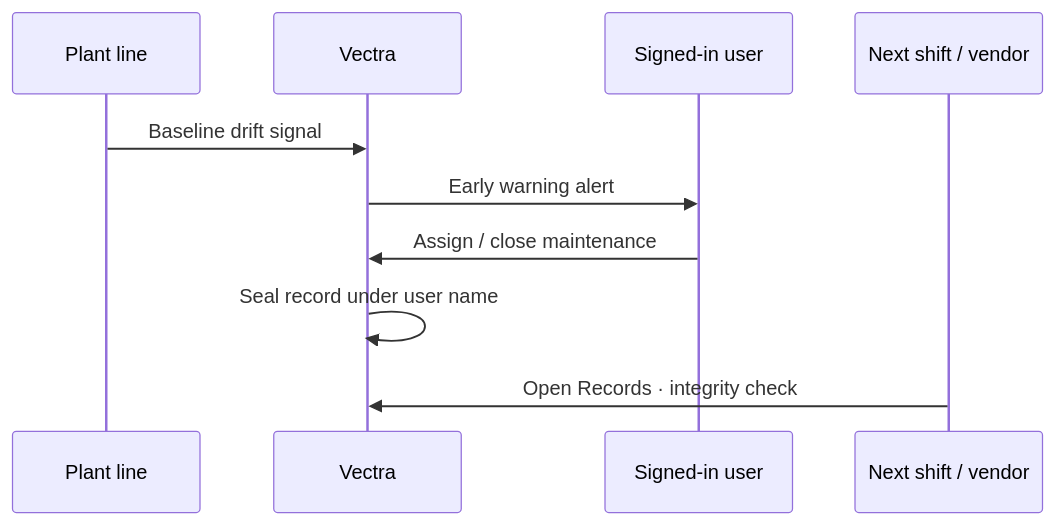
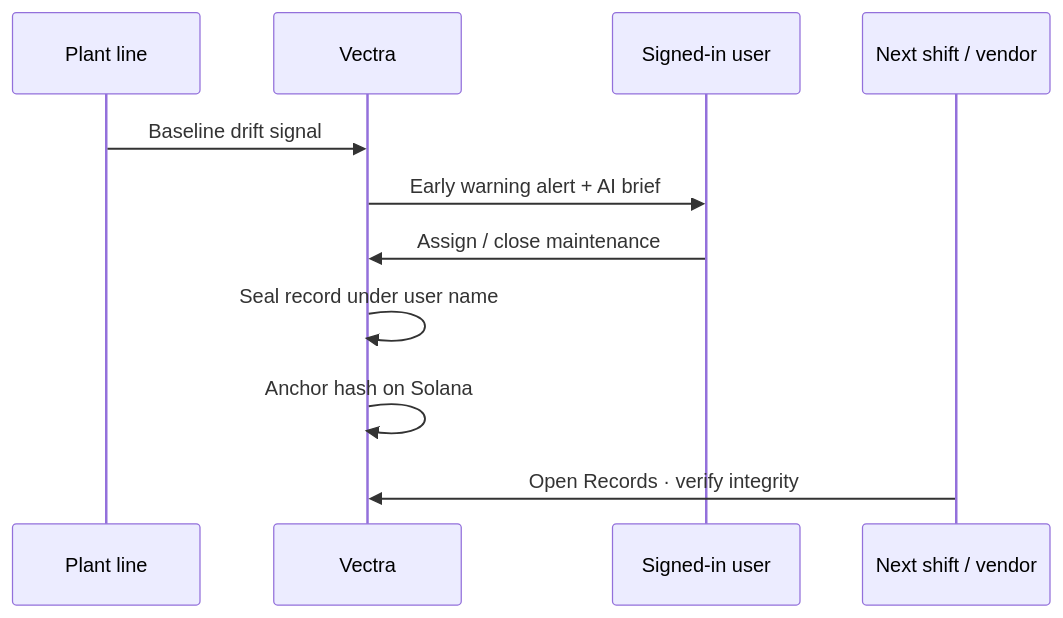
The second of 2 diagrams in README.md (thesithunyein/vectra), drawn with Mermaid before and after one commit. The commit also changed other lines of this file and 2 other files, not shown here.

````diff
--- a/README.md
+++ b/README.md
@@ -69,13 +73,14 @@
 ```mermaid
 sequenceDiagram
   participant Line as Plant line
   participant Vectra as Vectra
   participant User as Signed-in user
   participant Night as Next shift / vendor
 
   Line->>Vectra: Baseline drift signal
-  Vectra->>User: Early warning alert
+  Vectra->>User: Early warning alert + AI brief
   User->>Vectra: Assign / close maintenance
   Vectra->>Vectra: Seal record under user name
-  Night->>Vectra: Open Records · integrity check
+  Vectra->>Vectra: Anchor hash on Solana
+  Night->>Vectra: Open Records · verify integrity
 ```
````
